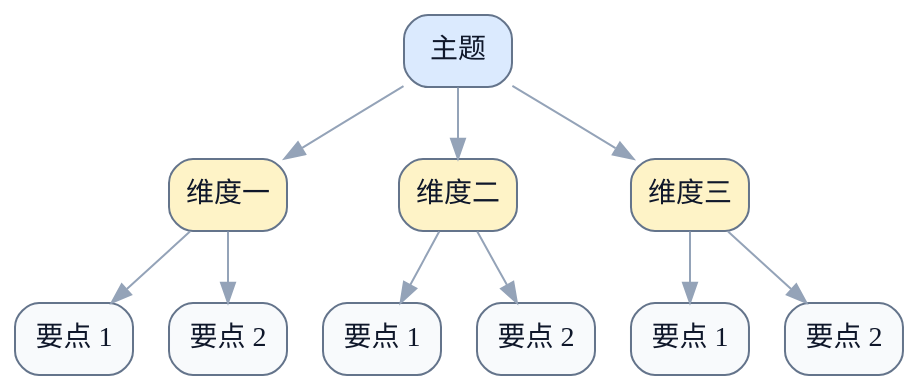
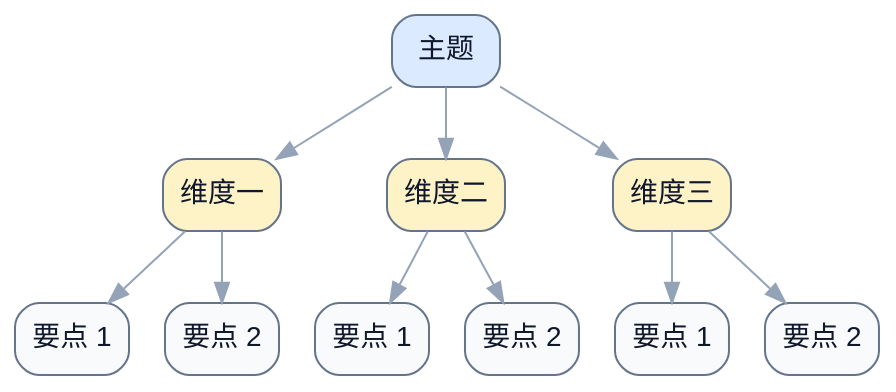
The fifth of 5 diagrams in skills/draw-dot/references/patterns.md (terencefan/inority-workspace), drawn with Graphviz before and after one commit. The commit also changed other lines of this file and 36 other files, not shown here.

Commit message:
feat: standardize project docs and CJK diagrams

````diff
--- a/skills/draw-dot/references/patterns.md
+++ b/skills/draw-dot/references/patterns.md
@@ -126,29 +126,29 @@
 ```dot
 digraph G {
-  graph [rankdir=TB, bgcolor="transparent"];
-  node [shape=box, style="rounded,filled", color="#64748b", fontcolor="#0f172a", fillcolor="#f8fafc"];
-  edge [color="#94a3b8", fontcolor="#94a3b8"];
+  graph [rankdir=TB, bgcolor="transparent", fontname="sans-serif"];
+  node [fontname="sans-serif", shape=box, style="rounded,filled", color="#64748b", fontcolor="#0f172a", fillcolor="#f8fafc"];
+  edge [fontname="sans-serif", color="#94a3b8", fontcolor="#94a3b8"];
 
   root [label="主题", fillcolor="#dbeafe"];
   area_1 [label="维度一", fillcolor="#fef3c7"];
   area_2 [label="维度二", fillcolor="#fef3c7"];
   area_3 [label="维度三", fillcolor="#fef3c7"];
 
   leaf_11 [label="要点 1", fillcolor="#f8fafc"];
   leaf_12 [label="要点 2", fillcolor="#f8fafc"];
   leaf_21 [label="要点 1", fillcolor="#f8fafc"];
   leaf_22 [label="要点 2", fillcolor="#f8fafc"];
   leaf_31 [label="要点 1", fillcolor="#f8fafc"];
   leaf_32 [label="要点 2", fillcolor="#f8fafc"];
 
   root -> area_1;
   root -> area_2;
   root -> area_3;
   area_1 -> leaf_11;
   area_1 -> leaf_12;
   area_2 -> leaf_21;
   area_2 -> leaf_22;
   area_3 -> leaf_31;
   area_3 -> leaf_32;
 }
 ```
````
